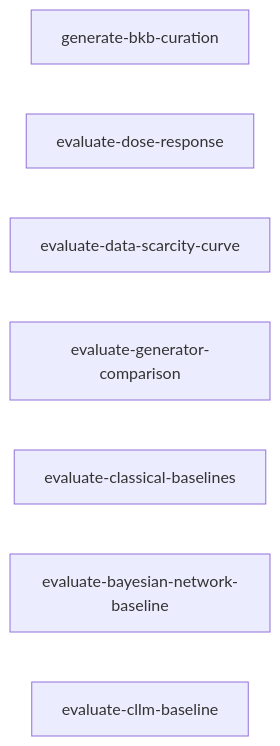
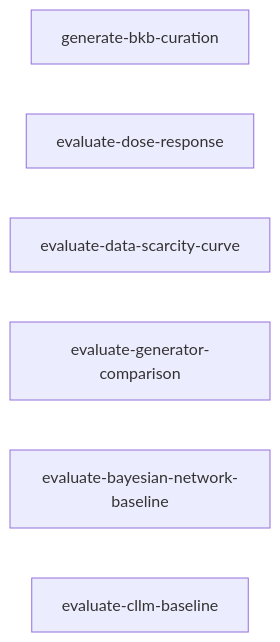
The diagram in tasks/experiments-index.md (joe-dartmouth/synthetic), drawn with Mermaid before and after one commit. The commit also changed other lines of this file and 42 other files, not shown here.

First line of the commit message:
Add classical baselines and run B1 (#60)

````diff
--- a/tasks/experiments-index.md
+++ b/tasks/experiments-index.md
@@ -36,10 +35,9 @@
 ```mermaid
 flowchart LR
     bkb_curation[generate-bkb-curation]
     dose_response[evaluate-dose-response]
     scarcity_curve[evaluate-data-scarcity-curve]
     generator_comparison[evaluate-generator-comparison]
-    classical_baselines[evaluate-classical-baselines]
     bn_baseline[evaluate-bayesian-network-baseline]
     cllm_baseline[evaluate-cllm-baseline]
 ```
````
